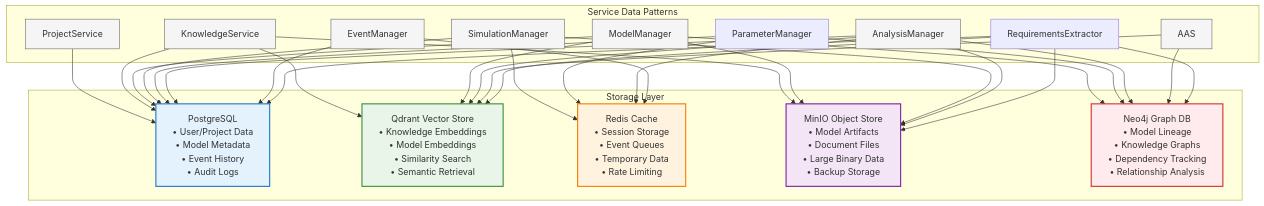
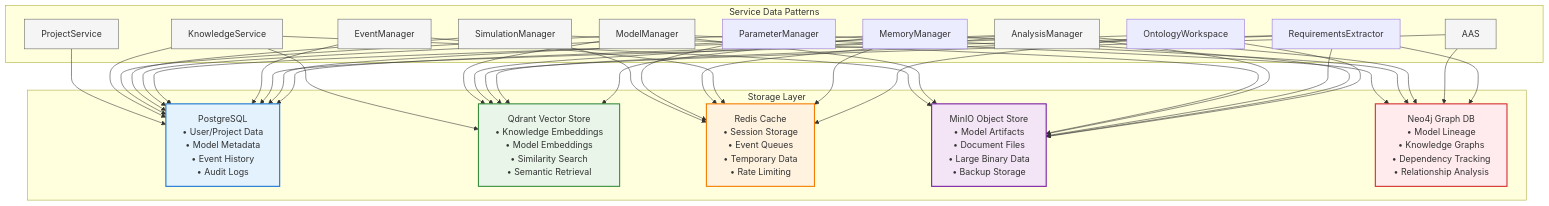
One commit to laserpointlabs/dadms changed the second of 2 diagrams in docs/architecture/README.md. Above: the diagram before and after it, drawn with Mermaid. The commit also changed other lines of this file and 5 other files, not shown here.

First line of the commit message:
feat: Add Ontology Workspace API documentation and architecture updates

````diff
--- a/docs/architecture/README.md
+++ b/docs/architecture/README.md
@@ -115,55 +127,62 @@
 ```mermaid
 %%{init: { 'flowchart': { 'curve': 'orthogonal' }}}%%
 flowchart TD
     subgraph Storage["Storage Layer"]
         PostgreSQL["PostgreSQL<br/>• User/Project Data<br/>• Model Metadata<br/>• Event History<br/>• Audit Logs"]
         Qdrant["Qdrant Vector Store<br/>• Knowledge Embeddings<br/>• Model Embeddings<br/>• Similarity Search<br/>• Semantic Retrieval"]
         Redis["Redis Cache<br/>• Session Storage<br/>• Event Queues<br/>• Temporary Data<br/>• Rate Limiting"]
         MinIO["MinIO Object Store<br/>• Model Artifacts<br/>• Document Files<br/>• Large Binary Data<br/>• Backup Storage"]
         Neo4j["Neo4j Graph DB<br/>• Model Lineage<br/>• Knowledge Graphs<br/>• Dependency Tracking<br/>• Relationship Analysis"]
     end
     
     subgraph Services["Service Data Patterns"]
         ProjectService --> PostgreSQL
         KnowledgeService --> PostgreSQL
         KnowledgeService --> Qdrant
         KnowledgeService --> MinIO
         ModelManager --> PostgreSQL
         ModelManager --> MinIO
         ModelManager --> Neo4j
         ModelManager --> Qdrant
         SimulationManager --> PostgreSQL
         SimulationManager --> MinIO
         SimulationManager --> Redis
         ParameterManager --> PostgreSQL
         ParameterManager --> Redis
         ParameterManager --> Neo4j
         AnalysisManager --> PostgreSQL
         AnalysisManager --> MinIO
         AnalysisManager --> Redis
         AnalysisManager --> Qdrant
         AnalysisManager --> Neo4j
         EventManager --> PostgreSQL
         EventManager --> Redis
         AAS --> Qdrant
         AAS --> Neo4j
         RequirementsExtractor --> PostgreSQL
         RequirementsExtractor --> Qdrant
         RequirementsExtractor --> Neo4j
         RequirementsExtractor --> MinIO
+        MemoryManager --> PostgreSQL
+        MemoryManager --> Qdrant
+        MemoryManager --> Redis
+        MemoryManager --> MinIO
+        OntologyWorkspace --> PostgreSQL
+        OntologyWorkspace --> MinIO
+        OntologyWorkspace --> Redis
     end
     
     classDef primary fill:#e3f2fd,stroke:#1976d2,stroke-width:2px;
     classDef vector fill:#e8f5e8,stroke:#388e3c,stroke-width:2px;
     classDef cache fill:#fff3e0,stroke:#f57c00,stroke-width:2px;
     classDef object fill:#f3e5f5,stroke:#7b1fa2,stroke-width:2px;
     classDef graphdb fill:#ffebee,stroke:#d32f2f,stroke-width:2px;
     classDef service fill:#f5f5f5,stroke:#616161,stroke-width:1px;
     
     class PostgreSQL primary;
     class Qdrant vector;
     class Redis cache;
     class MinIO object;
     class Neo4j graphdb;
     class ProjectService,KnowledgeService,ModelManager,SimulationManager,AnalysisManager,EventManager,AAS service;
 ```
````
